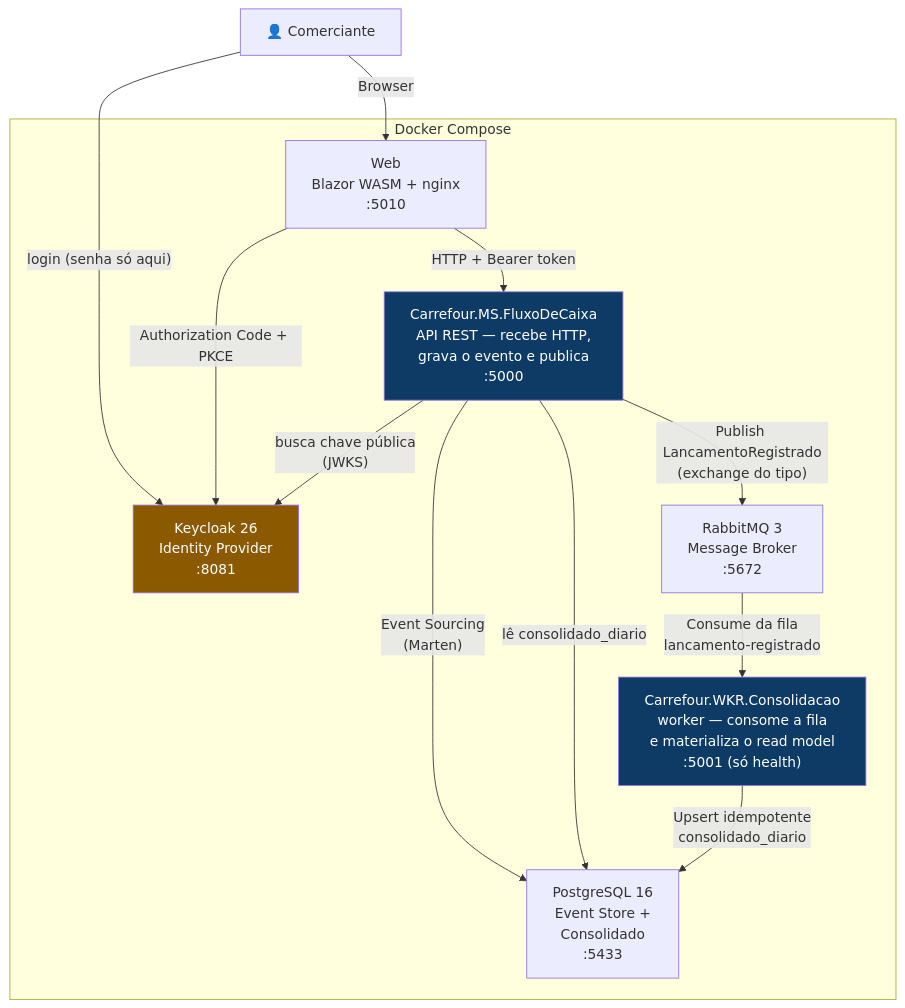
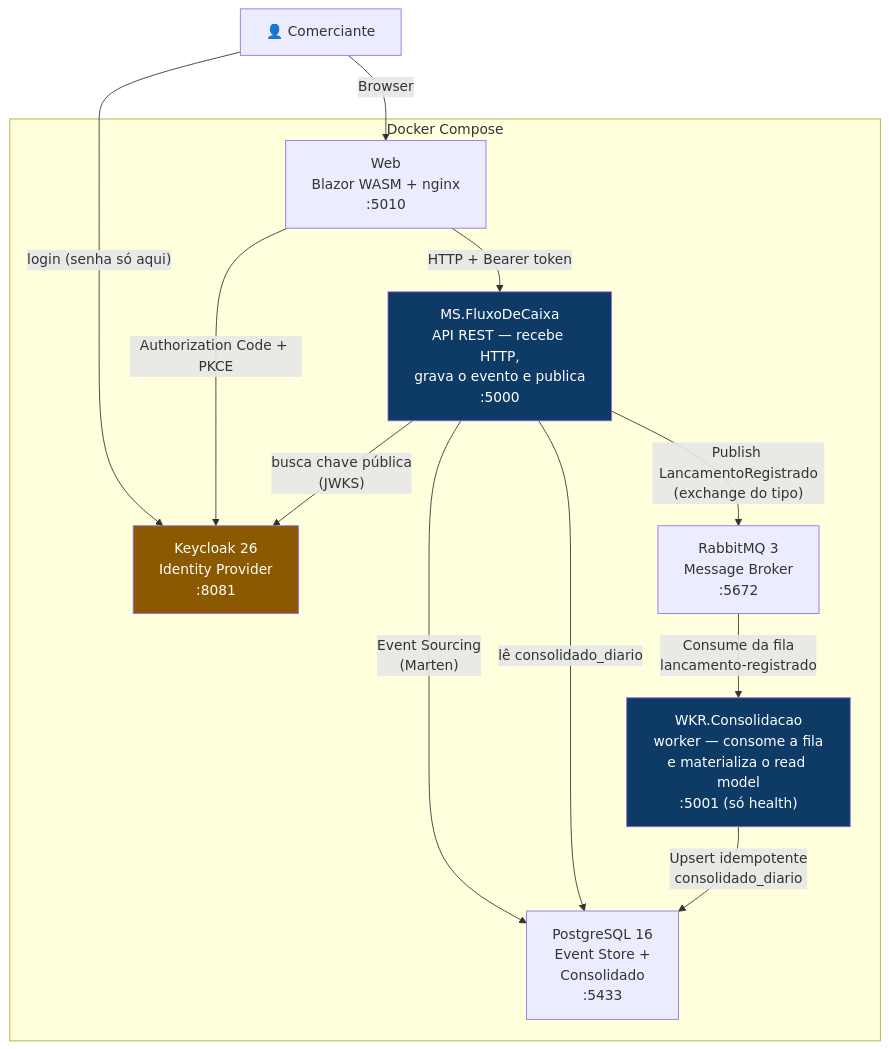
The second of 5 diagrams in ARCHITECTURE.md (cassio4ntunes-sudo/desafio_arquitetura_solucoes), drawn with Mermaid before and after one commit. The commit also changed other lines of this file and 116 other files, not shown here.

````diff
--- a/ARCHITECTURE.md
+++ b/ARCHITECTURE.md
@@ -27,26 +27,26 @@
 ```mermaid
 graph TB
     subgraph "Docker Compose"
         Web["Web<br/>Blazor WASM + nginx<br/>:5010"]
         KC["Keycloak 26<br/>Identity Provider<br/>:8081"]
-        MS["Carrefour.MS.FluxoDeCaixa<br/>API REST — recebe HTTP,<br/>grava o evento e publica<br/>:5000"]
-        WKR["Carrefour.WKR.Consolidacao<br/>worker — consome a fila<br/>e materializa o read model<br/>:5001 (só health)"]
+        MS["MS.FluxoDeCaixa<br/>API REST — recebe HTTP,<br/>grava o evento e publica<br/>:5000"]
+        WKR["WKR.Consolidacao<br/>worker — consome a fila<br/>e materializa o read model<br/>:5001 (só health)"]
         PG["PostgreSQL 16<br/>Event Store +<br/>Consolidado<br/>:5433"]
         RMQ["RabbitMQ 3<br/>Message Broker<br/>:5672"]
     end
 
     Comerciante["👤 Comerciante"] -->|"Browser"| Web
     Comerciante -->|"login (senha só aqui)"| KC
     Web -->|"Authorization Code + PKCE"| KC
     Web -->|"HTTP + Bearer token"| MS
     MS -->|"busca chave pública<br/>(JWKS)"| KC
     MS -->|"Event Sourcing<br/>(Marten)"| PG
     MS -->|"Publish LancamentoRegistrado<br/>(exchange do tipo)"| RMQ
     MS -->|"lê consolidado_diario"| PG
     RMQ -->|"Consume da fila<br/>lancamento-registrado"| WKR
     WKR -->|"Upsert idempotente<br/>consolidado_diario"| PG
 
     style KC fill:#8b5a00,color:#fff
     style MS fill:#0d3b66,color:#fff
     style WKR fill:#0d3b66,color:#fff
 ```
````
